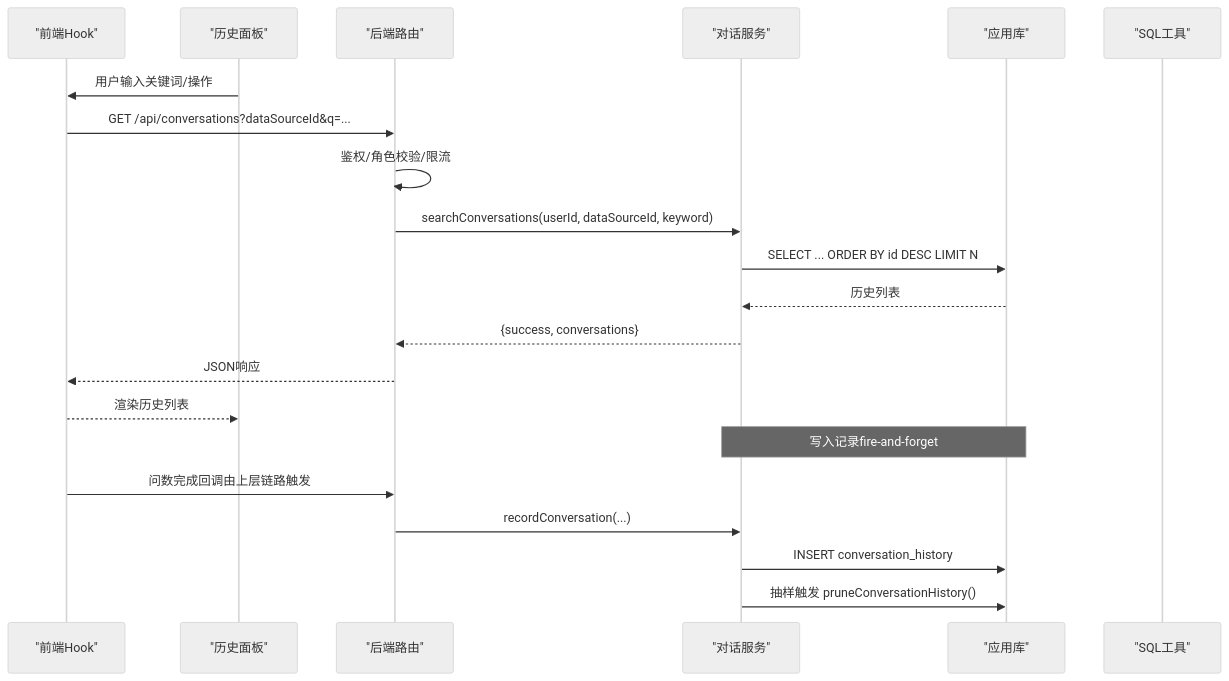
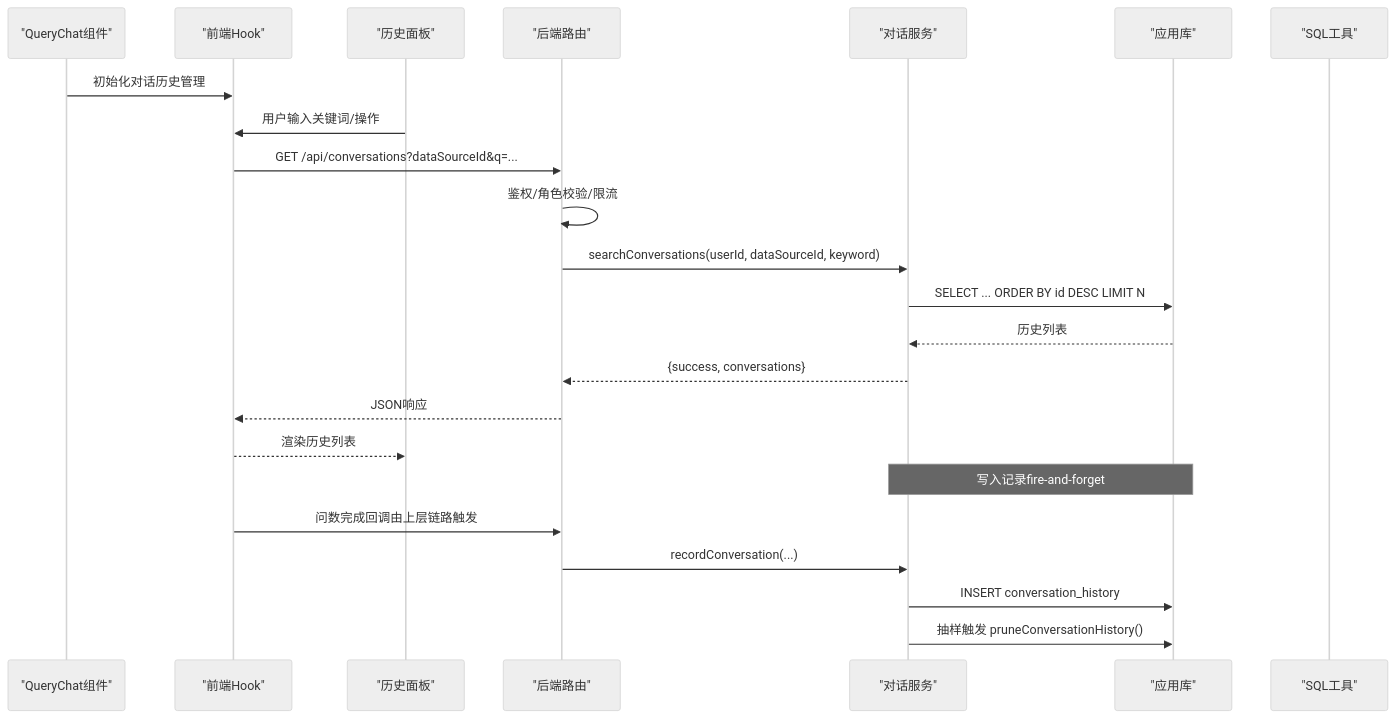
The second of 8 diagrams in .qoder/repowiki/zh/content/后端服务/核心业务模块/查询处理引擎/对话历史管理.md (dgjin/smart-data-analytics), drawn with Mermaid (neutral theme) before and after one commit. The commit also changed other lines of this file and 146 other files, not shown here.

````diff
--- a/.qoder/repowiki/zh/content/后端服务/核心业务模块/查询处理引擎/对话历史管理.md
+++ b/.qoder/repowiki/zh/content/后端服务/核心业务模块/查询处理引擎/对话历史管理.md
@@ -112,23 +129,25 @@
 ```mermaid
 sequenceDiagram
+participant QC as "QueryChat组件"
 participant FE as "前端Hook"
 participant UI as "历史面板"
 participant RT as "后端路由"
 participant QH as "对话服务"
 participant DB as "应用库"
 participant SE as "SQL工具"
+QC->>FE : 初始化对话历史管理
 UI->>FE : 用户输入关键词/操作
 FE->>RT : GET /api/conversations?dataSourceId&q=...
 RT->>RT : 鉴权/角色校验/限流
 RT->>QH : searchConversations(userId, dataSourceId, keyword)
 QH->>DB : SELECT ... ORDER BY id DESC LIMIT N
 DB-->>QH : 历史列表
 QH-->>RT : {success, conversations}
 RT-->>FE : JSON响应
 FE-->>UI : 渲染历史列表
 Note over QH,DB : 写入记录fire-and-forget
 FE->>RT : 问数完成回调由上层链路触发
 RT->>QH : recordConversation(...)
 QH->>DB : INSERT conversation_history
 QH->>DB : 抽样触发 pruneConversationHistory()
 ```
````
